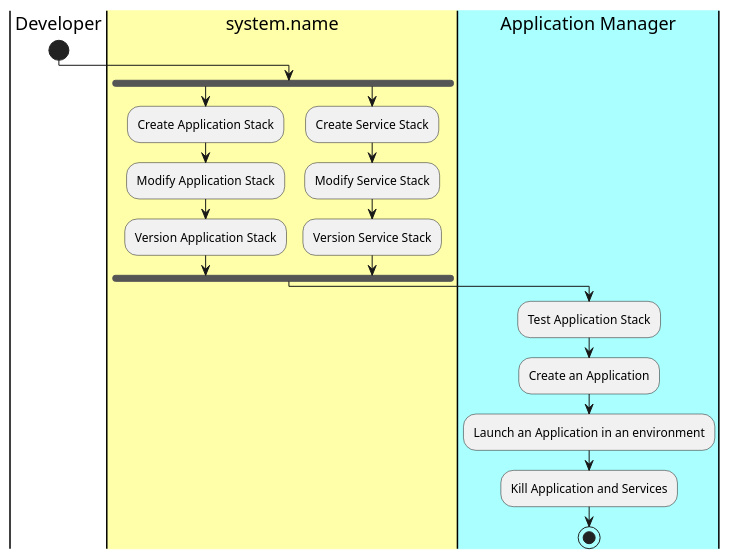
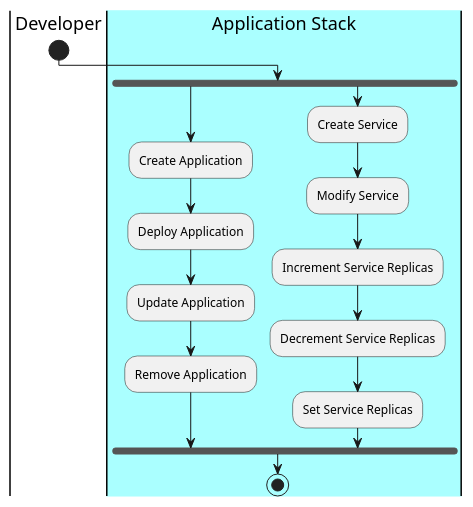
The diagram in docs/Actors/Developer/Workflow.puml (CAADE/fleet), drawn with PlantUML before and after one commit. The commit also changed 46 other files, not shown here.

```diff
--- a/docs/Actors/Developer/Workflow.puml
+++ b/docs/Actors/Developer/Workflow.puml
@@ -1,20 +1,18 @@
 @startuml
 |Developer|
 start
-|#ffffaa|system.name|
+|#aaffff|Application Stack|
 fork
-:Create Application Stack;
-:Modify Application Stack;
-:Version Application Stack;
+:Create Application;
+:Deploy Application;
+:Update Application;
+:Remove Application;
 fork again
-:Create Service Stack;
-:Modify Service Stack;
-:Version Service Stack;
+:Create Service;
+:Modify Service;
+:Increment Service Replicas;
+:Decrement Service Replicas;
+:Set Service Replicas;
 fork end
-|#aaffff|Application Manager|
-:Test Application Stack;
-:Create an Application;
-:Launch an Application in an environment;
-:Kill Application and Services;
 stop
 @enduml
```
